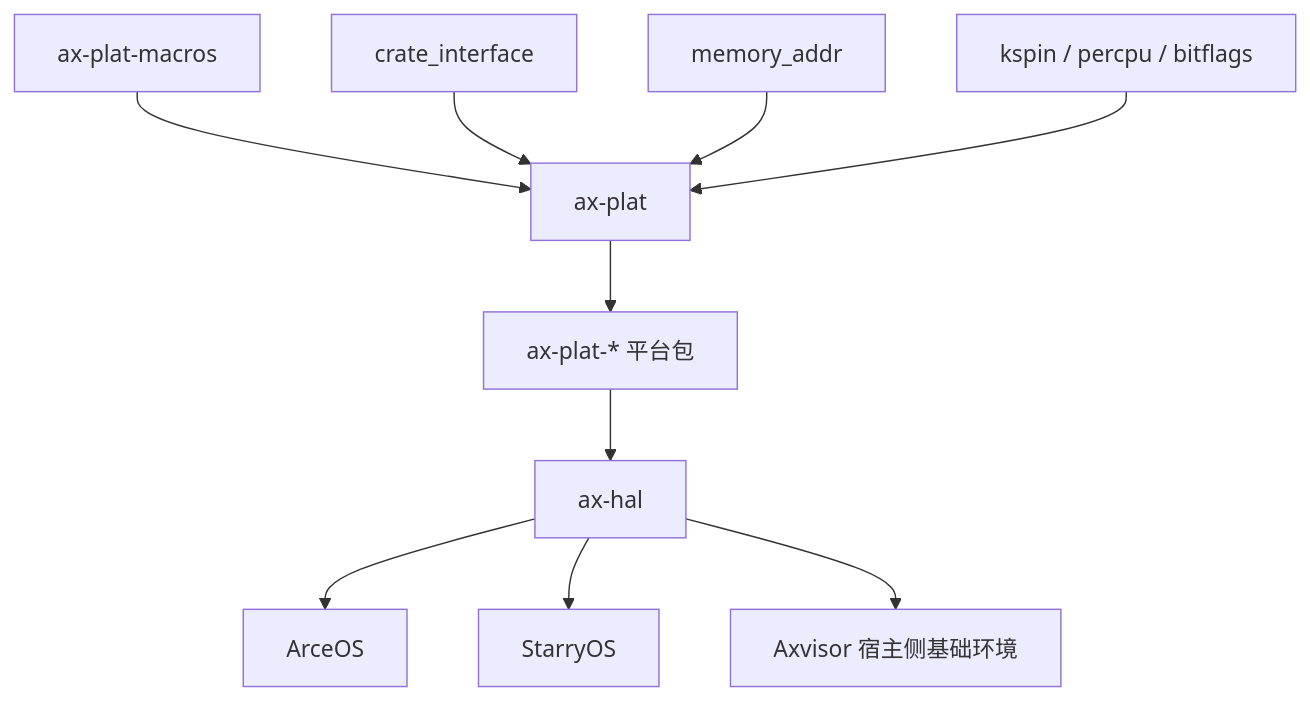
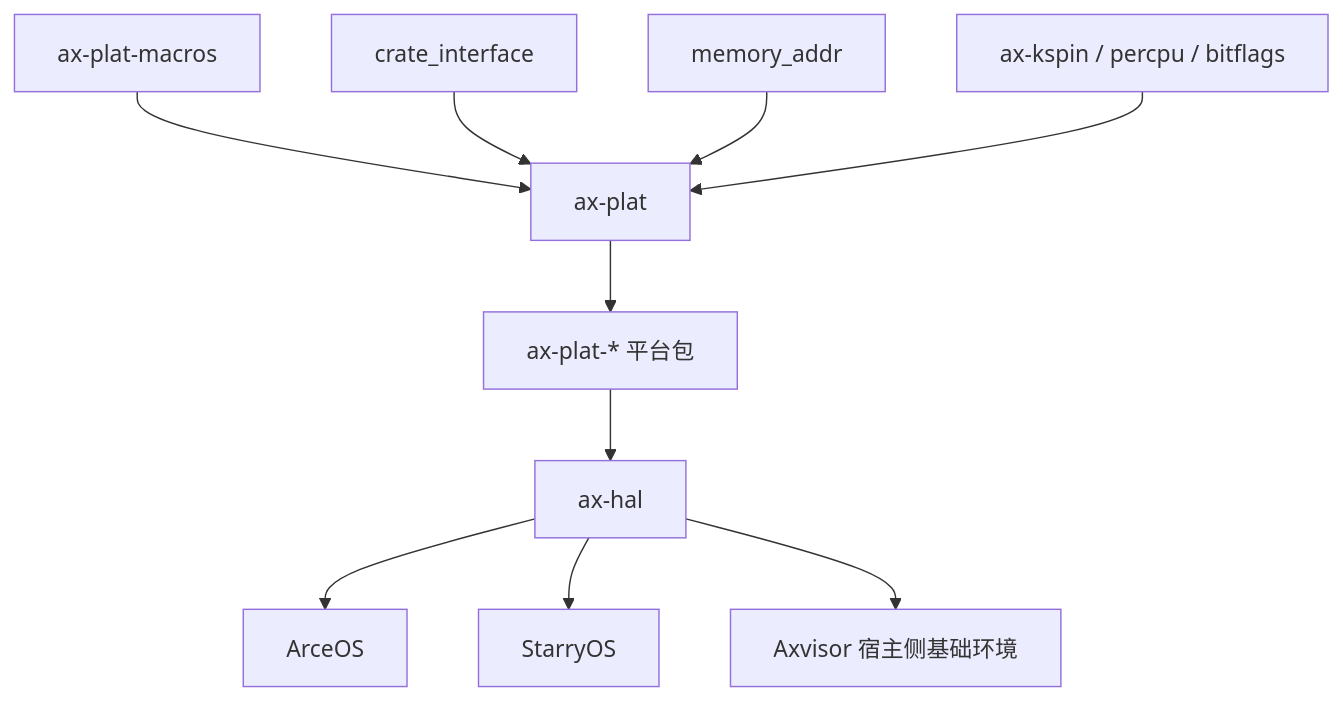
The second of 2 diagrams in docs/crates/ax-plat.md (zKurisu/tgoskits), drawn with Mermaid before and after one commit. The commit also changed other lines of this file and 101 other files, not shown here.

````diff
--- a/docs/crates/ax-plat.md
+++ b/docs/crates/ax-plat.md
@@ -206,13 +206,13 @@
 ```mermaid
 graph TD
     A[ax-plat-macros] --> B[ax-plat]
     C[crate_interface] --> B
     D[memory_addr] --> B
-    E[kspin / percpu / bitflags] --> B
+    E[ax-kspin / percpu / bitflags] --> B
 
     B --> F[ax-plat-* 平台包]
     F --> G[ax-hal]
     G --> H[ArceOS]
     G --> I[StarryOS]
     G --> J[Axvisor 宿主侧基础环境]
 ```
````
